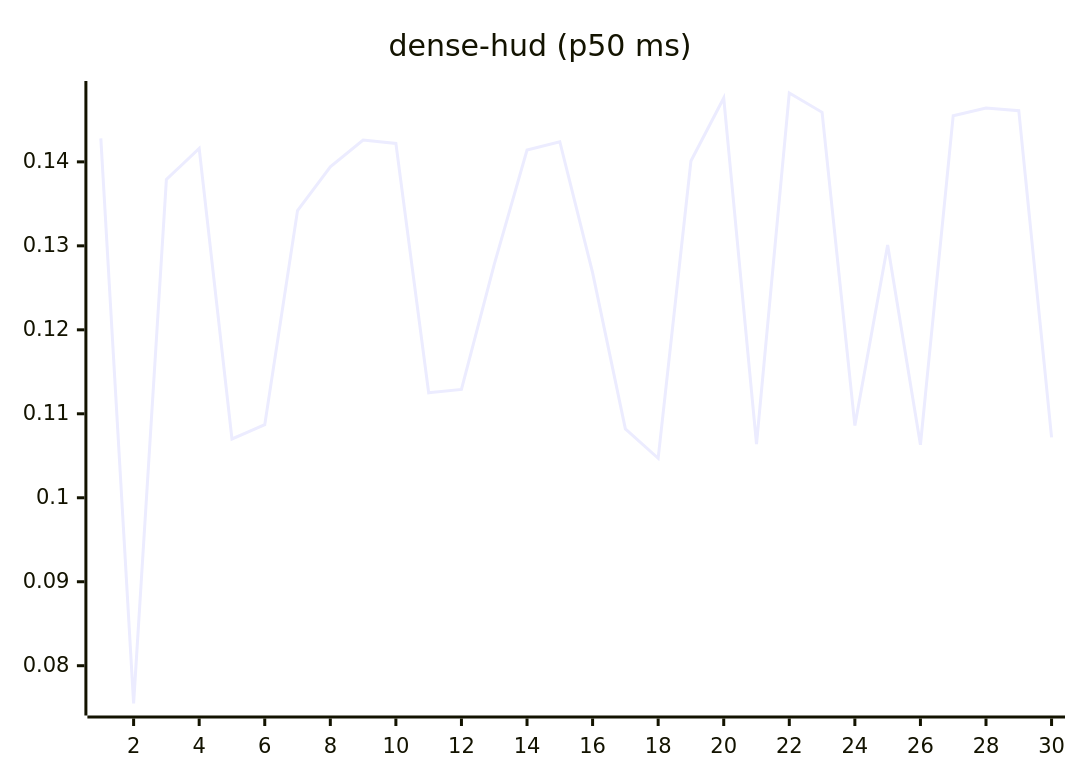
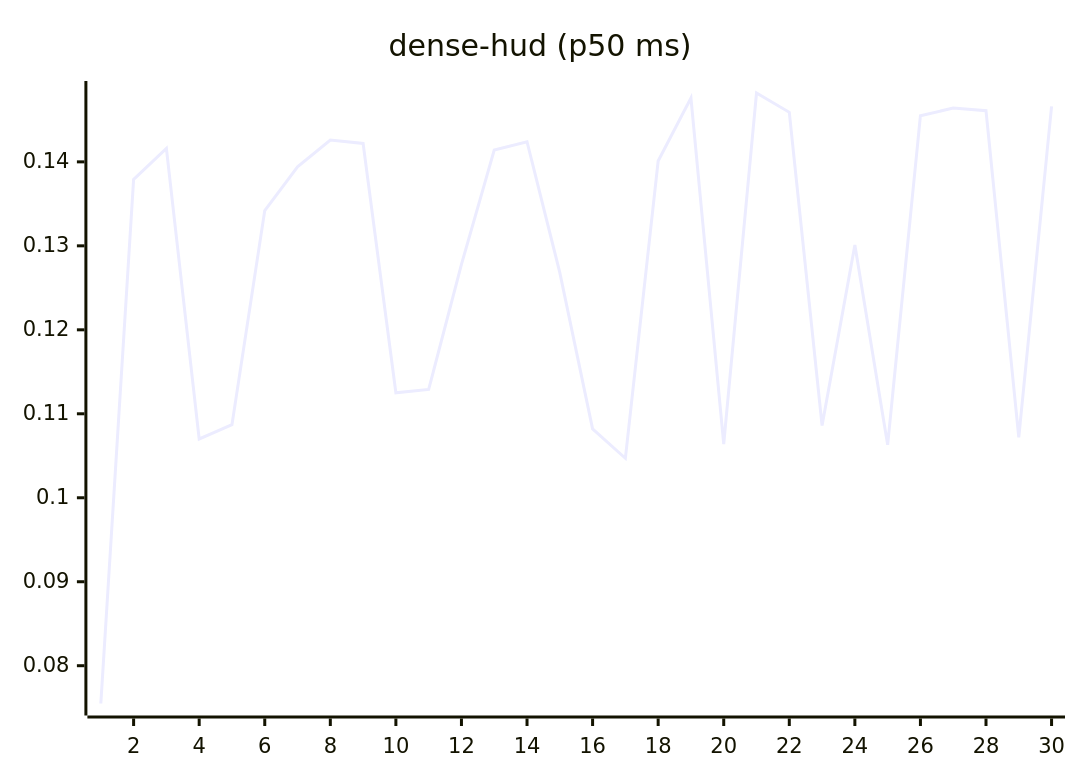
One commit to josha/Facet changed the eighth of 27 diagrams in README.md. Above: the diagram before and after it, drawn with Mermaid. The commit also changed other lines of this file and 2 other files, not shown here.

````diff
--- a/README.md
+++ b/README.md
@@ -112,6 +112,6 @@
 ```mermaid
 xychart-beta
     title "dense-hud (p50 ms)"
     x-axis 1 --> 30
-    line [0.1428, 0.0755, 0.1379, 0.1416, 0.1070, 0.1087, 0.1342, 0.1394, 0.1426, 0.1422, 0.1125, 0.1129, 0.1278, 0.1414, 0.1424, 0.1268, 0.1082, 0.1047, 0.1401, 0.1476, 0.1064, 0.1482, 0.1459, 0.1086, 0.1301, 0.1063, 0.1455, 0.1464, 0.1461, 0.1072]
+    line [0.0755, 0.1379, 0.1416, 0.1070, 0.1087, 0.1342, 0.1394, 0.1426, 0.1422, 0.1125, 0.1129, 0.1278, 0.1414, 0.1424, 0.1268, 0.1082, 0.1047, 0.1401, 0.1476, 0.1064, 0.1482, 0.1459, 0.1086, 0.1301, 0.1063, 0.1455, 0.1464, 0.1461, 0.1072, 0.1466]
 ```
````
